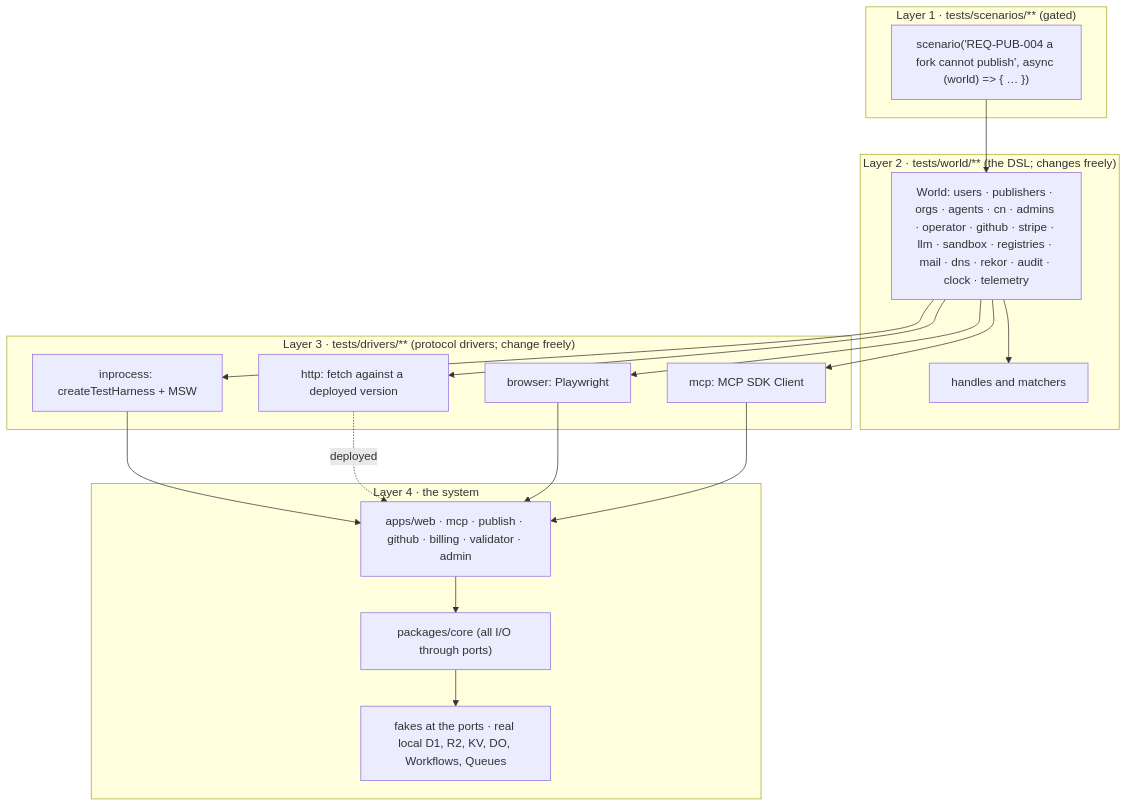
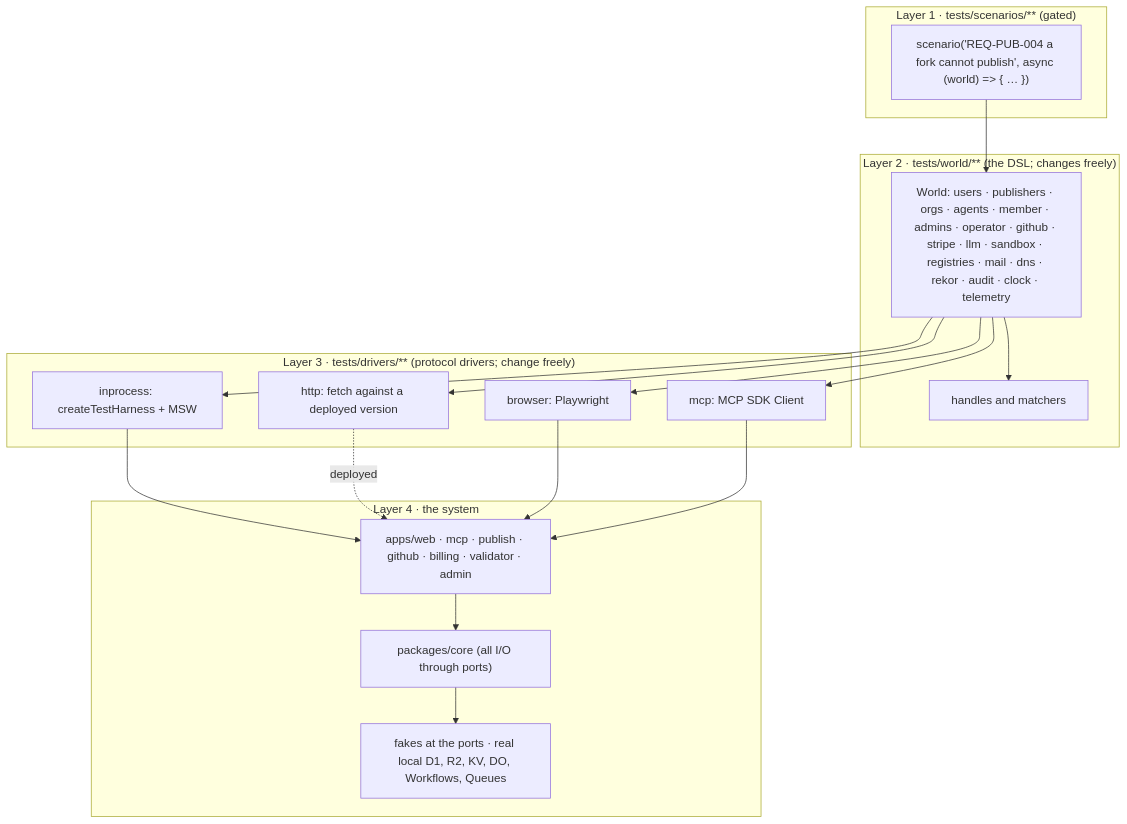
One commit to Claudinite/PackServer changed the diagram in docs/testing/README.md. Above: the diagram before and after it, drawn with Mermaid. The commit also changed other lines of this file and 10 other files, not shown here.

````diff
--- a/docs/testing/README.md
+++ b/docs/testing/README.md
@@ -53,28 +53,28 @@
 ```mermaid
 flowchart TB
   subgraph L1["Layer 1 · tests/scenarios/**  (gated)"]
     S["scenario('REQ-PUB-004 a fork cannot publish', async (world) => { … })"]
   end
   subgraph L2["Layer 2 · tests/world/**  (the DSL; changes freely)"]
-    W["World: users · publishers · orgs · agents · cn · admins · operator · github · stripe · llm · sandbox · registries · mail · dns · rekor · audit · clock · telemetry"]
+    W["World: users · publishers · orgs · agents · member · admins · operator · github · stripe · llm · sandbox · registries · mail · dns · rekor · audit · clock · telemetry"]
     M["handles and matchers"]
   end
   subgraph L3["Layer 3 · tests/drivers/**  (protocol drivers; change freely)"]
     D1["inprocess: createTestHarness + MSW"]
     D2["http: fetch against a deployed version"]
     D3["browser: Playwright"]
     D4["mcp: MCP SDK Client"]
   end
   subgraph L4["Layer 4 · the system"]
     A["apps/web · mcp · publish · github · billing · validator · admin"]
     C["packages/core (all I/O through ports)"]
     F["fakes at the ports · real local D1, R2, KV, DO, Workflows, Queues"]
   end
   S --> W --> M
   W --> D1 & D2 & D3 & D4
   D1 --> A
   D2 -.deployed.-> A
   D3 --> A
   D4 --> A
   A --> C --> F
 ```
````
